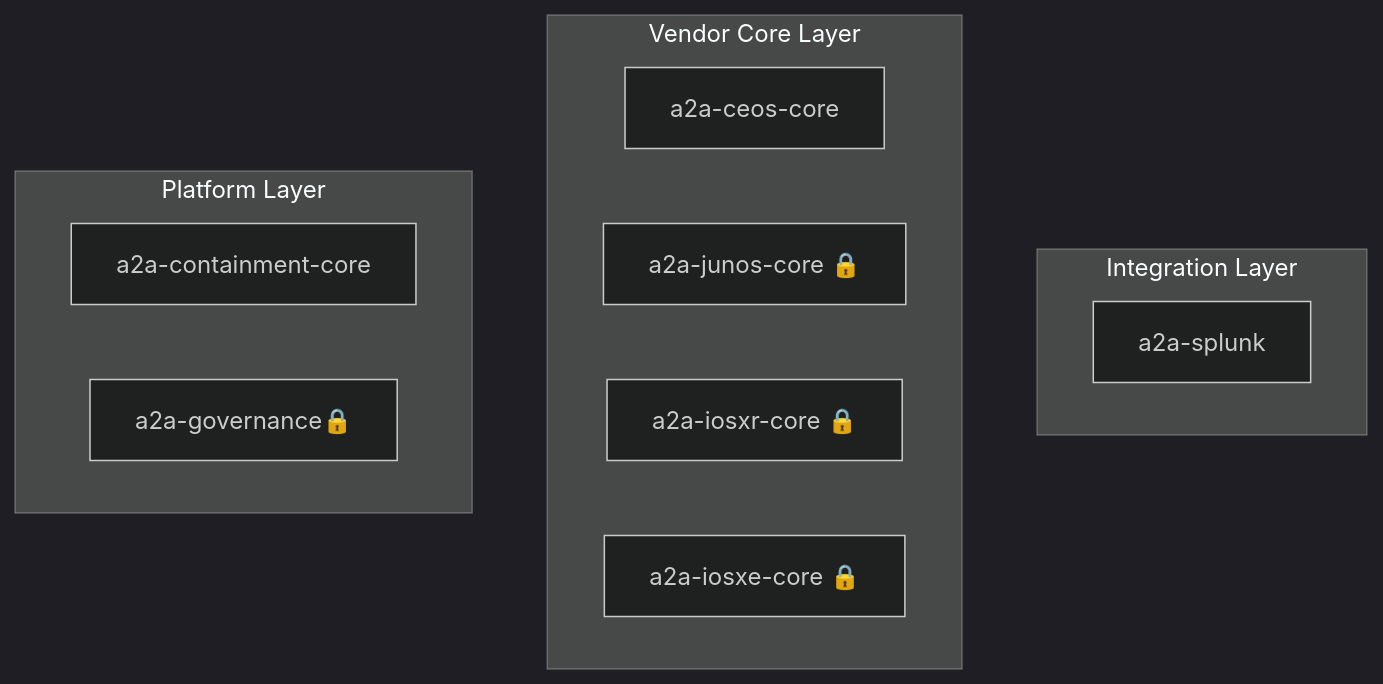
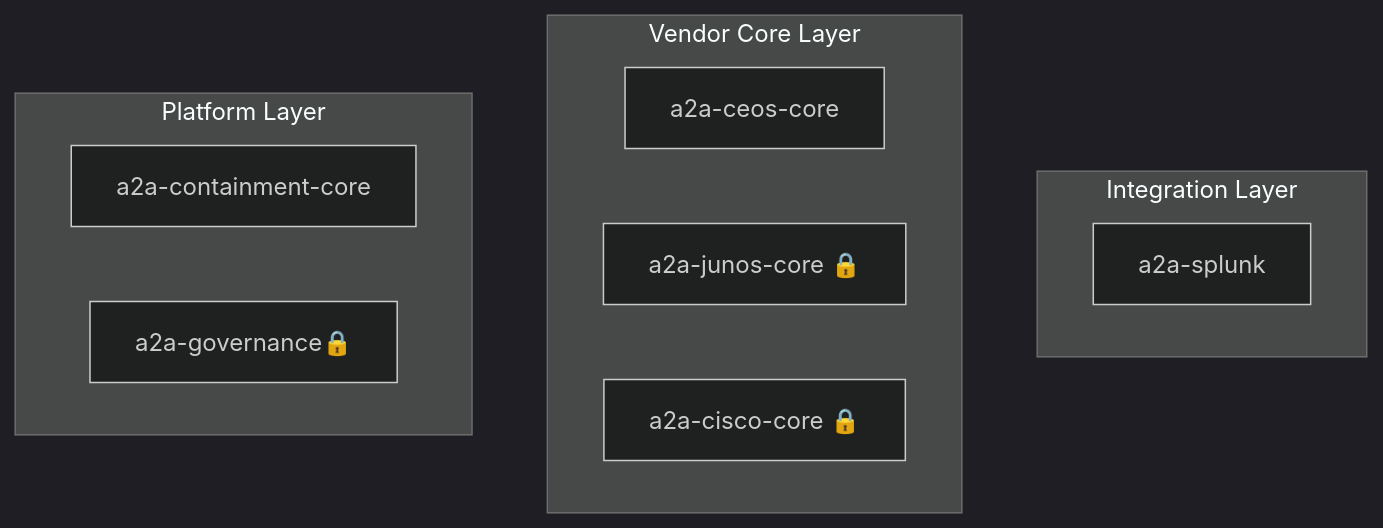
The diagram in README.md (hidemi-k/hidemi-k), drawn with Mermaid (dark theme) before and after one commit.

````diff
--- a/README.md
+++ b/README.md
@@ -24,16 +24,15 @@
 ```mermaid
 graph TD
     subgraph Integrations ["Integration Layer"]
         Splunk["a2a-splunk"]
     end
     subgraph A2A_Vendor_Cores ["Vendor Core Layer"]
         Ceos["a2a-ceos-core"]
         Junos["a2a-junos-core 🔒"]
-        IOSXR["a2a-iosxr-core 🔒"]
-        IOSXE["a2a-iosxe-core 🔒"]
+        Cisco["a2a-cisco-core 🔒"]
     end
     subgraph A2A_Suite ["Platform Layer"]
         Contain["a2a-containment-core"]
         Gov["a2a-governance🔒"]
     end
 ```
````
